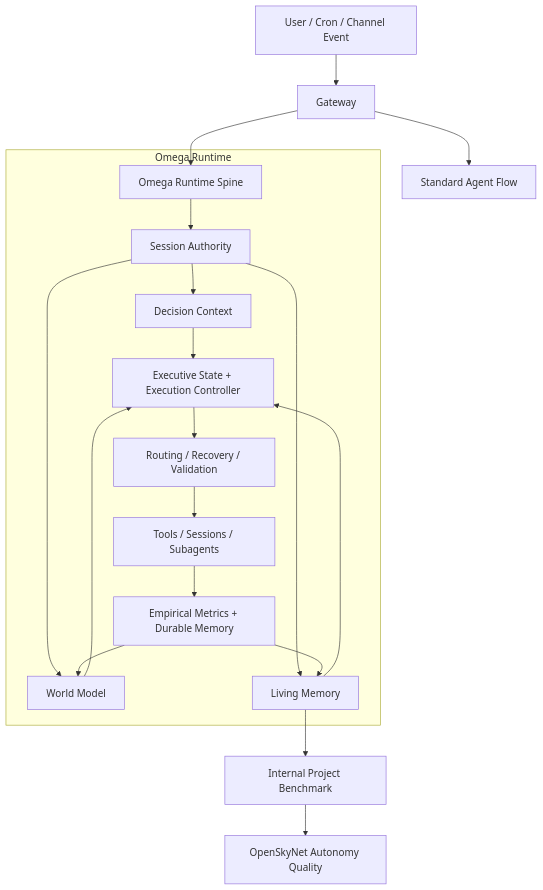
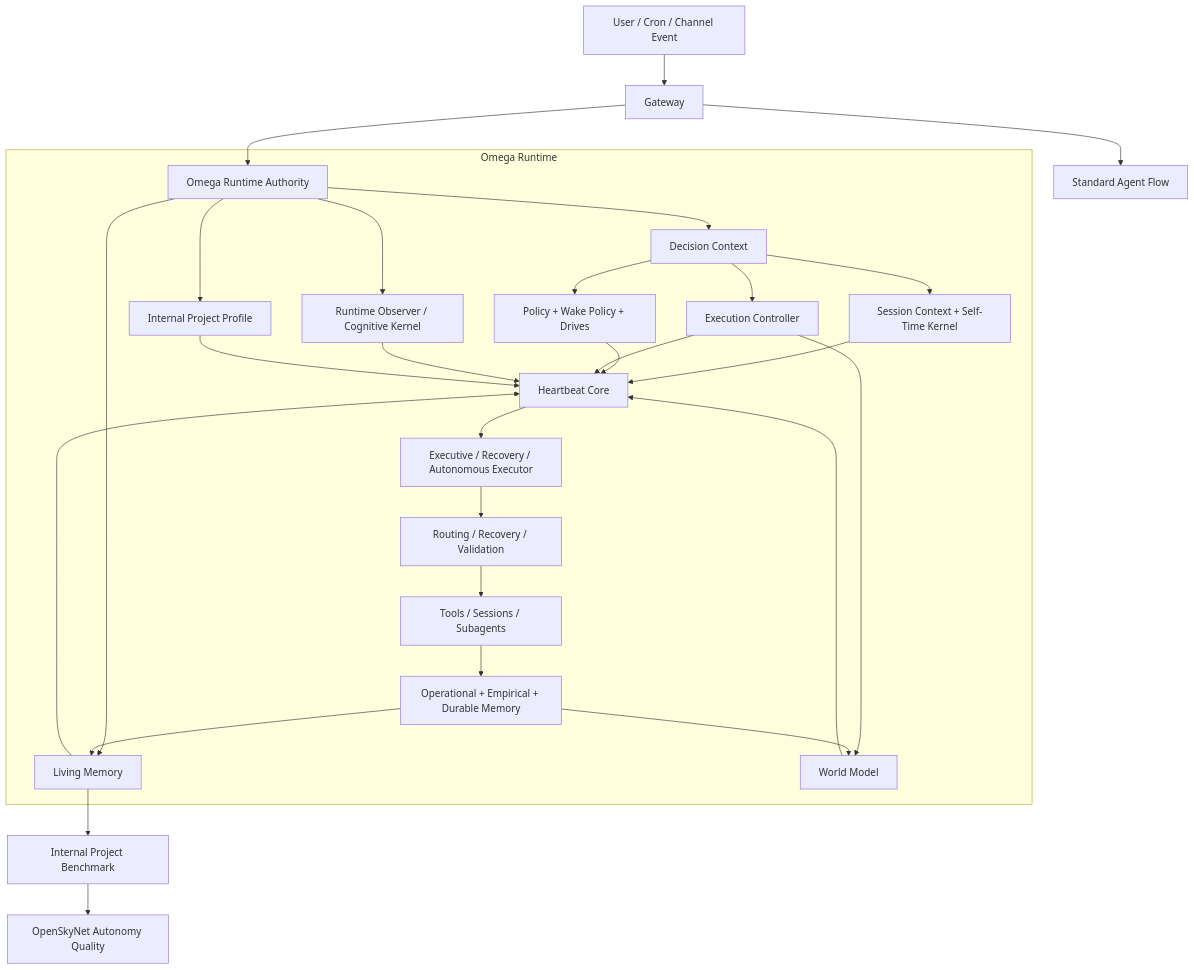
Before and after one commit to skynet-omega/openskynet: the diagram in README.md, drawn with Mermaid. The commit also changed other lines of this file and 1 other file, not shown here.

Commit message:
Tighten README architecture and Brain Lab wording

````diff
--- a/README.md
+++ b/README.md
@@ -133,26 +135,36 @@
 ```mermaid
 graph TD
     User[User / Cron / Channel Event] --> Gateway[Gateway]
     Gateway --> Agent[Standard Agent Flow]
-    Gateway --> Omega[Omega Runtime Spine]
+    Gateway --> Authority[Omega Runtime Authority]
 
     subgraph Omega Runtime
-        Omega --> Session[Session Authority]
-        Session --> Decision[Decision Context]
-        Session --> World[World Model]
-        Session --> Living[Living Memory]
+        Authority --> Project[Internal Project Profile]
+        Authority --> Decision[Decision Context]
+        Authority --> Living[Living Memory]
+        Authority --> Observer[Runtime Observer / Cognitive Kernel]
 
-        Decision --> Executive[Executive State + Execution Controller]
-        World --> Executive
-        Living --> Executive
+        Decision --> Session[Session Context + Self-Time Kernel]
+        Decision --> Policy[Policy + Wake Policy + Drives]
+        Decision --> Controller[Execution Controller]
+        Controller --> World[World Model]
 
+        Session --> Heartbeat[Heartbeat Core]
+        Policy --> Heartbeat
+        Controller --> Heartbeat
+        World --> Heartbeat
+        Living --> Heartbeat
+        Observer --> Heartbeat
+        Project --> Heartbeat
+
+        Heartbeat --> Executive[Executive / Recovery / Autonomous Executor]
         Executive --> Route[Routing / Recovery / Validation]
         Route --> Work[Tools / Sessions / Subagents]
-        Work --> Metrics[Empirical Metrics + Durable Memory]
+        Work --> Metrics[Operational + Empirical + Durable Memory]
         Metrics --> World
         Metrics --> Living
     end
 
     Living --> Internal[Internal Project Benchmark]
     Internal --> OpenSkyNet[OpenSkyNet Autonomy Quality]
 ```
````
